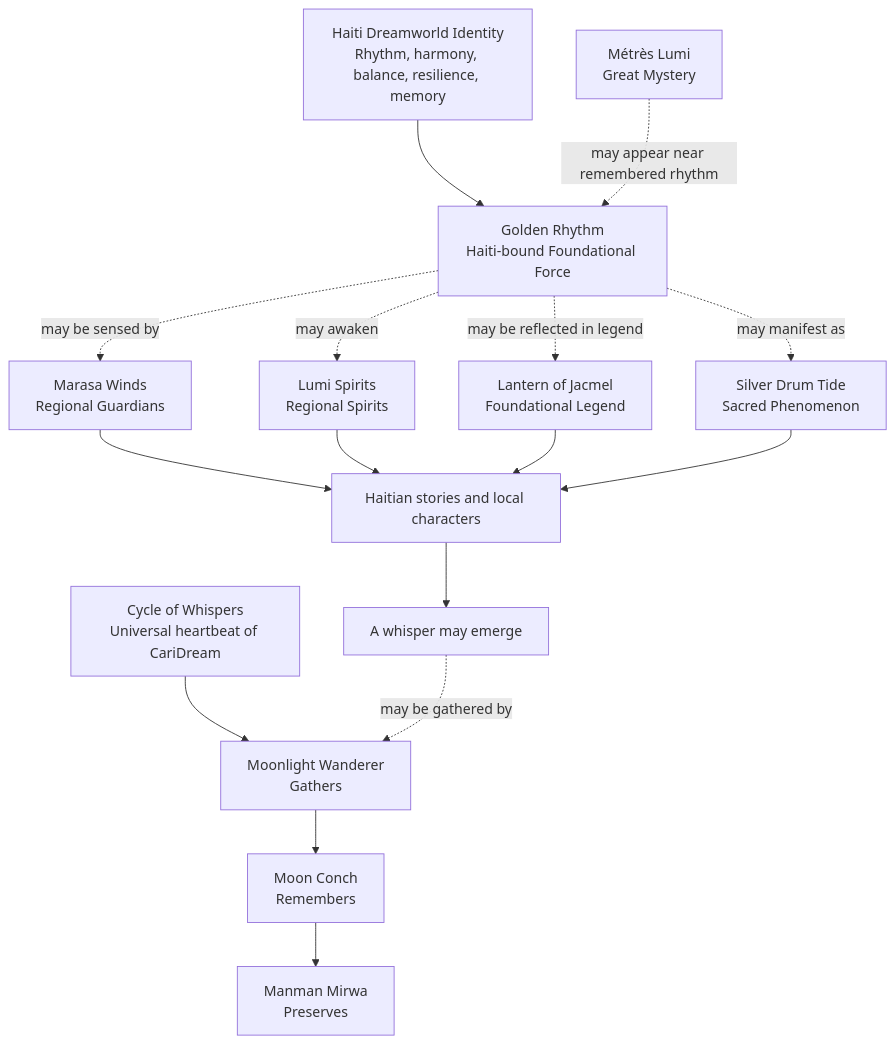
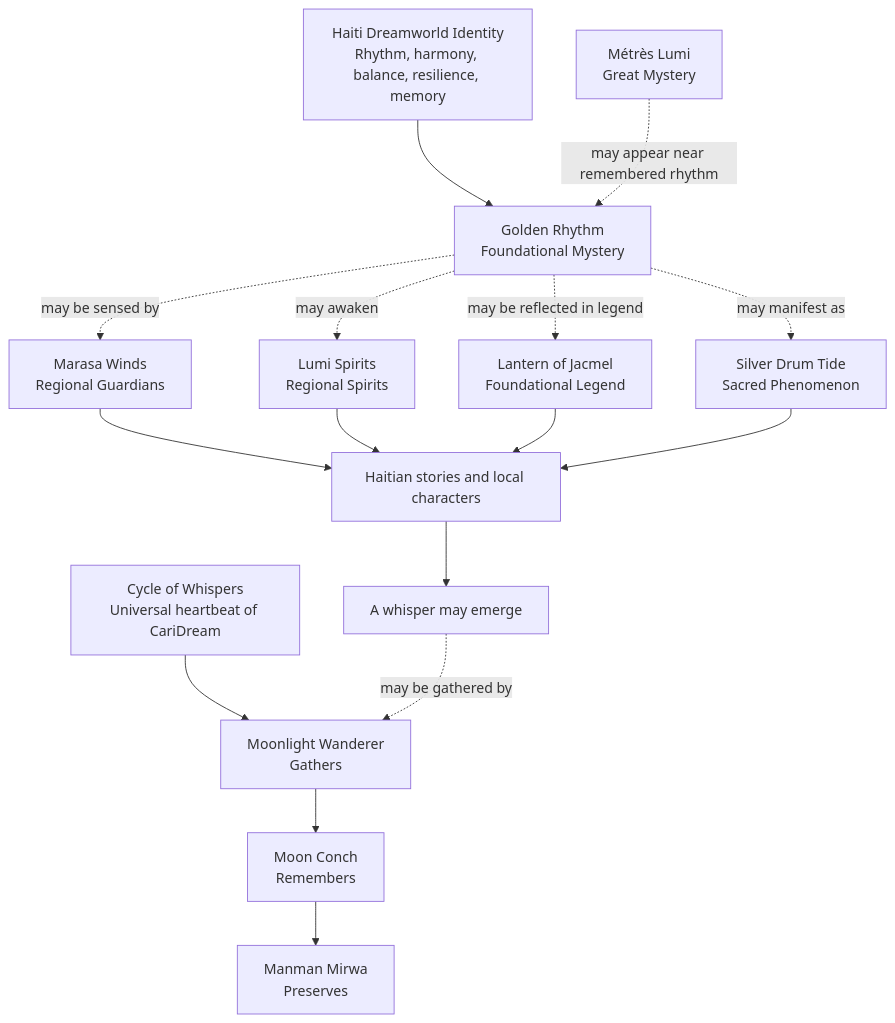
Before and after one commit to aldricht91/caridream: the diagram in docs/HAITI-CANON-BOUNDARIES-V1.0.md, drawn with Mermaid. The commit also changed other lines of this file and 5 other files, not shown here.

````diff
--- a/docs/HAITI-CANON-BOUNDARIES-V1.0.md
+++ b/docs/HAITI-CANON-BOUNDARIES-V1.0.md
@@ -471,35 +519,35 @@
 ```mermaid
 flowchart TD
     Cycle["Cycle of Whispers<br/>Universal heartbeat of CariDream"]
     Wanderer["Moonlight Wanderer<br/>Gathers"]
     Conch["Moon Conch<br/>Remembers"]
     Mirwa["Manman Mirwa<br/>Preserves"]
 
     Haiti["Haiti Dreamworld Identity<br/>Rhythm, harmony, balance, resilience, memory"]
-    Golden["Golden Rhythm<br/>Haiti-bound Foundational Force"]
+    Golden["Golden Rhythm<br/>Foundational Mystery"]
     Metres["Métrès Lumi<br/>Great Mystery"]
     Marasa["Marasa Winds<br/>Regional Guardians"]
     Lumi["Lumi Spirits<br/>Regional Spirits"]
     Tide["Silver Drum Tide<br/>Sacred Phenomenon"]
     Lantern["Lantern of Jacmel<br/>Foundational Legend"]
     Stories["Haitian stories and local characters"]
     Whisper["A whisper may emerge"]
 
     Cycle --> Wanderer
     Wanderer --> Conch
     Conch --> Mirwa
 
     Haiti --> Golden
     Golden -. "may be sensed by" .-> Marasa
     Golden -. "may awaken" .-> Lumi
     Golden -. "may manifest as" .-> Tide
     Golden -. "may be reflected in legend" .-> Lantern
     Metres -. "may appear near remembered rhythm" .-> Golden
 
     Marasa --> Stories
     Lumi --> Stories
     Lantern --> Stories
     Tide --> Stories
     Stories --> Whisper
     Whisper -. "may be gathered by" .-> Wanderer
 ```
````
